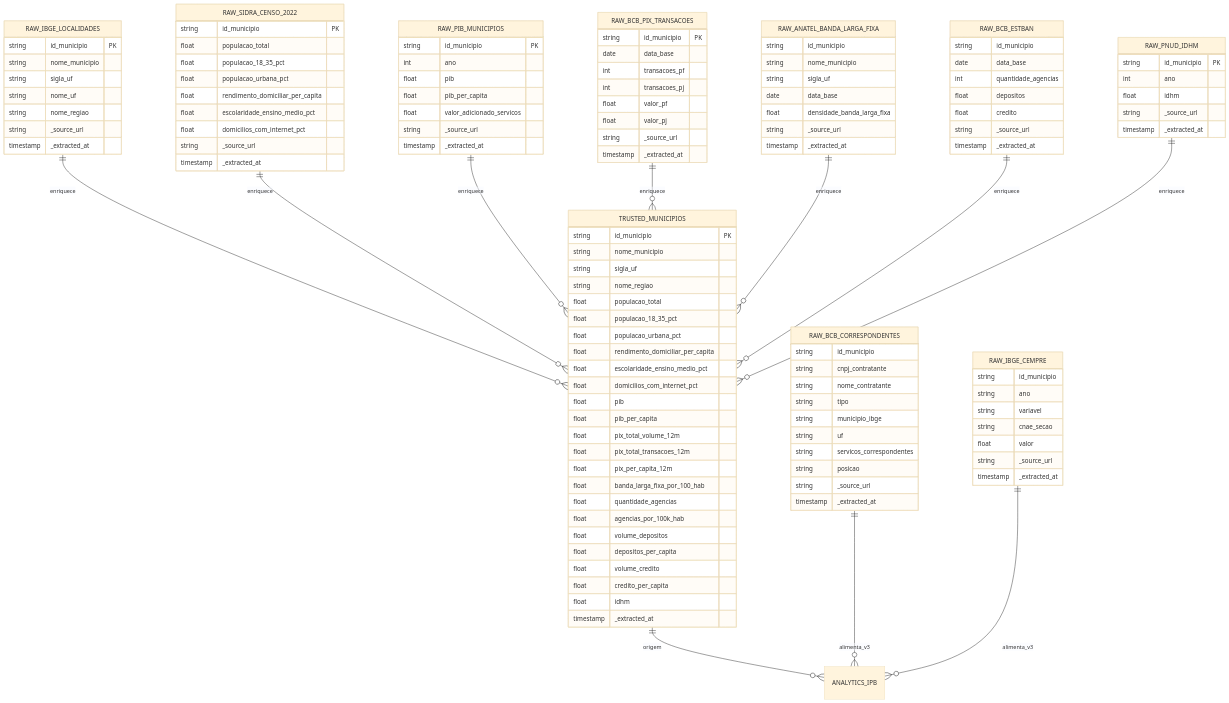
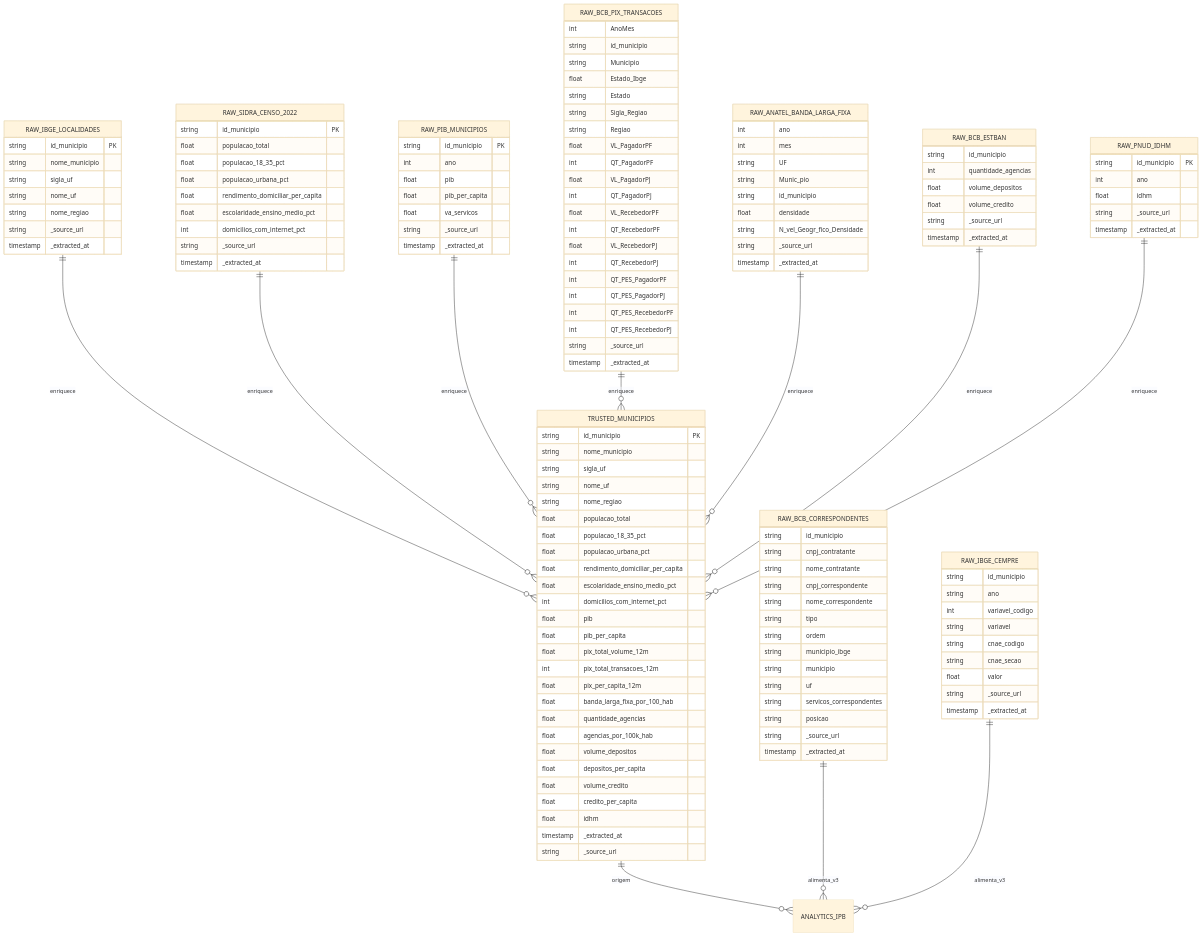
One commit to LucioFrCruz/heluvina_projeto_final_202602 changed the third of 4 diagrams in docs/Arquitetura_Tecnica.md. Above: the diagram before and after it, drawn with Mermaid (base theme). The commit also changed other lines of this file and 5 other files, not shown here.

Commit message:
docs: sincroniza schemas e vintages com a realidade do BigQuery

```diff
--- a/docs/Arquitetura_Tecnica.md
+++ b/docs/Arquitetura_Tecnica.md
@@ -189,7 +189,7 @@
         float populacao_urbana_pct
         float rendimento_domiciliar_per_capita
         float escolaridade_ensino_medio_pct
-        float domicilios_com_internet_pct
+        int domicilios_com_internet_pct
         string _source_url
         timestamp _extracted_at
     }
@@ -199,38 +199,52 @@
         int ano
         float pib
         float pib_per_capita
-        float valor_adicionado_servicos
+        float va_servicos
         string _source_url
         timestamp _extracted_at
     }
 
     RAW_BCB_PIX_TRANSACOES {
-        string id_municipio PK
-        date data_base
-        int transacoes_pf
-        int transacoes_pj
-        float valor_pf
-        float valor_pj
+        int AnoMes
+        string id_municipio
+        string Municipio
+        float Estado_Ibge
+        string Estado
+        string Sigla_Regiao
+        string Regiao
+        float VL_PagadorPF
+        int QT_PagadorPF
+        float VL_PagadorPJ
+        int QT_PagadorPJ
+        float VL_RecebedorPF
+        int QT_RecebedorPF
+        float VL_RecebedorPJ
+        int QT_RecebedorPJ
+        int QT_PES_PagadorPF
+        int QT_PES_PagadorPJ
+        int QT_PES_RecebedorPF
+        int QT_PES_RecebedorPJ
         string _source_url
         timestamp _extracted_at
     }
 
     RAW_ANATEL_BANDA_LARGA_FIXA {
+        int ano
+        int mes
+        string UF
+        string Munic_pio
         string id_municipio
-        string nome_municipio
-        string sigla_uf
-        date data_base
-        float densidade_banda_larga_fixa
+        float densidade
+        string N_vel_Geogr_fico_Densidade
         string _source_url
         timestamp _extracted_at
     }
 
     RAW_BCB_ESTBAN {
         string id_municipio
-        date data_base
         int quantidade_agencias
-        float depositos
-        float credito
+        float volume_depositos
+        float volume_credito
         string _source_url
         timestamp _extracted_at
     }
@@ -247,8 +261,12 @@
         string id_municipio
         string cnpj_contratante
         string nome_contratante
+        string cnpj_correspondente
+        string nome_correspondente
         string tipo
+        string ordem
         string municipio_ibge
+        string municipio
         string uf
         string servicos_correspondentes
         string posicao
@@ -259,7 +277,9 @@
     RAW_IBGE_CEMPRE {
         string id_municipio
         string ano
+        int variavel_codigo
         string variavel
+        string cnae_codigo
         string cnae_secao
         float valor
         string _source_url
@@ -270,17 +290,18 @@
         string id_municipio PK
         string nome_municipio
         string sigla_uf
+        string nome_uf
         string nome_regiao
         float populacao_total
         float populacao_18_35_pct
         float populacao_urbana_pct
         float rendimento_domiciliar_per_capita
         float escolaridade_ensino_medio_pct
-        float domicilios_com_internet_pct
+        int domicilios_com_internet_pct
         float pib
         float pib_per_capita
         float pix_total_volume_12m
-        float pix_total_transacoes_12m
+        int pix_total_transacoes_12m
         float pix_per_capita_12m
         float banda_larga_fixa_por_100_hab
         float quantidade_agencias
@@ -291,6 +312,7 @@
         float credito_per_capita
         float idhm
         timestamp _extracted_at
+        string _source_url
     }
 
     RAW_IBGE_LOCALIDADES ||--o{ TRUSTED_MUNICIPIOS : enriquece
```
